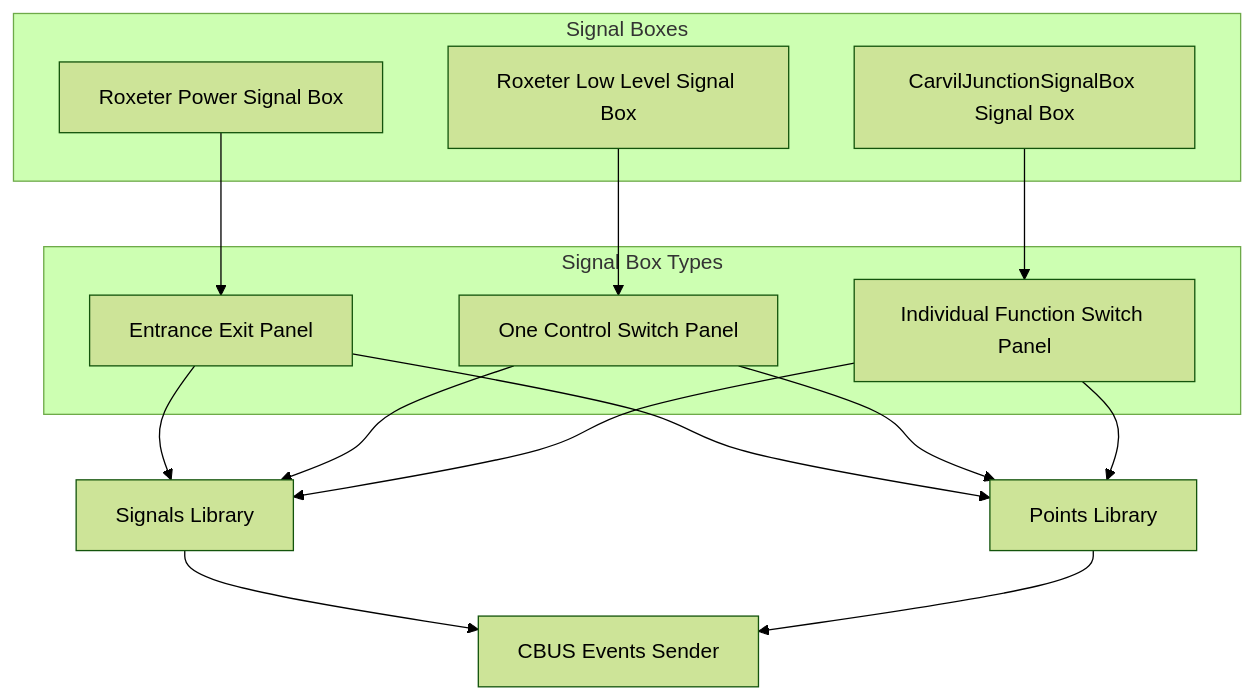
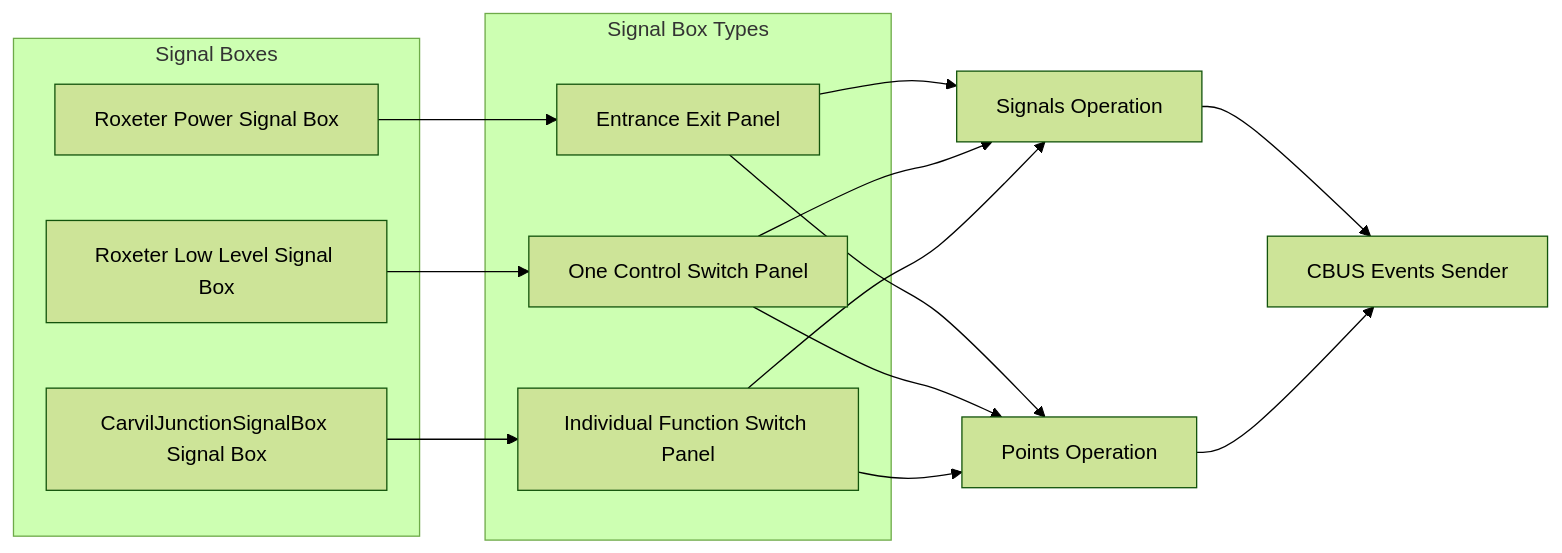
The diagram in ArduinoLibraries/README.md (NickLocke/RoxeterModelRailway), drawn with Mermaid (forest theme) before and after one commit.

```diff
--- a/ArduinoLibraries/README.md
+++ b/ArduinoLibraries/README.md
@@ -7,34 +7,34 @@
 <div class="mermaid">
-flowchart TB
+flowchart LR
 
     subgraph "Signal Boxes"
       RoxeterPSB[Roxeter Power Signal Box]
       RoxeterLL[Roxeter Low Level Signal Box]
       CarvilJunction[CarvilJunctionSignalBox Signal Box]
     end
 
     subgraph "Signal Box Types"
       IFSpanel[Individual Function Switch Panel]
       OCSpanel[One Control Switch Panel]
       NXpanel[Entrance Exit Panel]
     end
 
-    RoxSignals[Signals Library]
-    RoxPoints[Points Library]
+    RoxSignals[Signals Operation]
+    RoxPoints[Points Operation]
     RoxEventSender[CBUS Events Sender]
 
     RoxeterPSB --> NXpanel
     RoxeterLL --> OCSpanel
     CarvilJunction --> IFSpanel
 
     NXpanel --> RoxSignals
     OCSpanel --> RoxSignals
     IFSpanel --> RoxSignals
 
     NXpanel --> RoxPoints
     OCSpanel --> RoxPoints
     IFSpanel --> RoxPoints
 
     RoxSignals --> RoxEventSender
     RoxPoints --> RoxEventSender
 </div>
```
